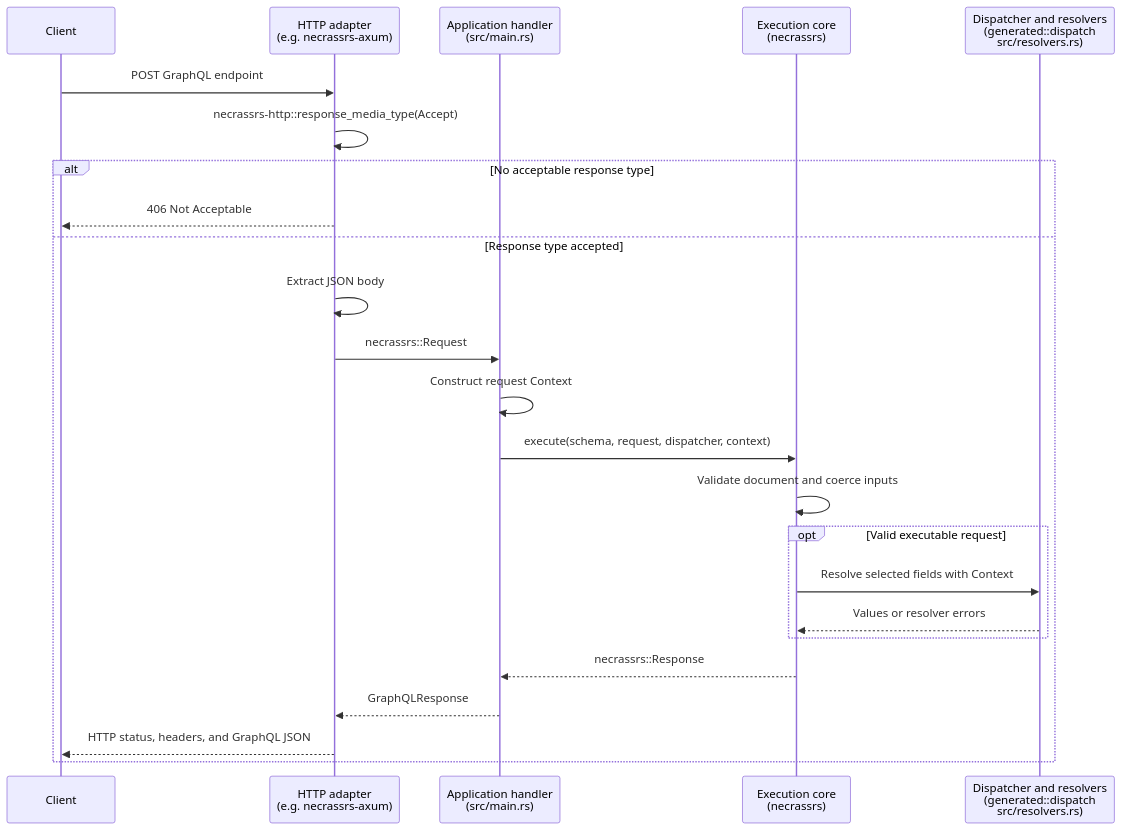
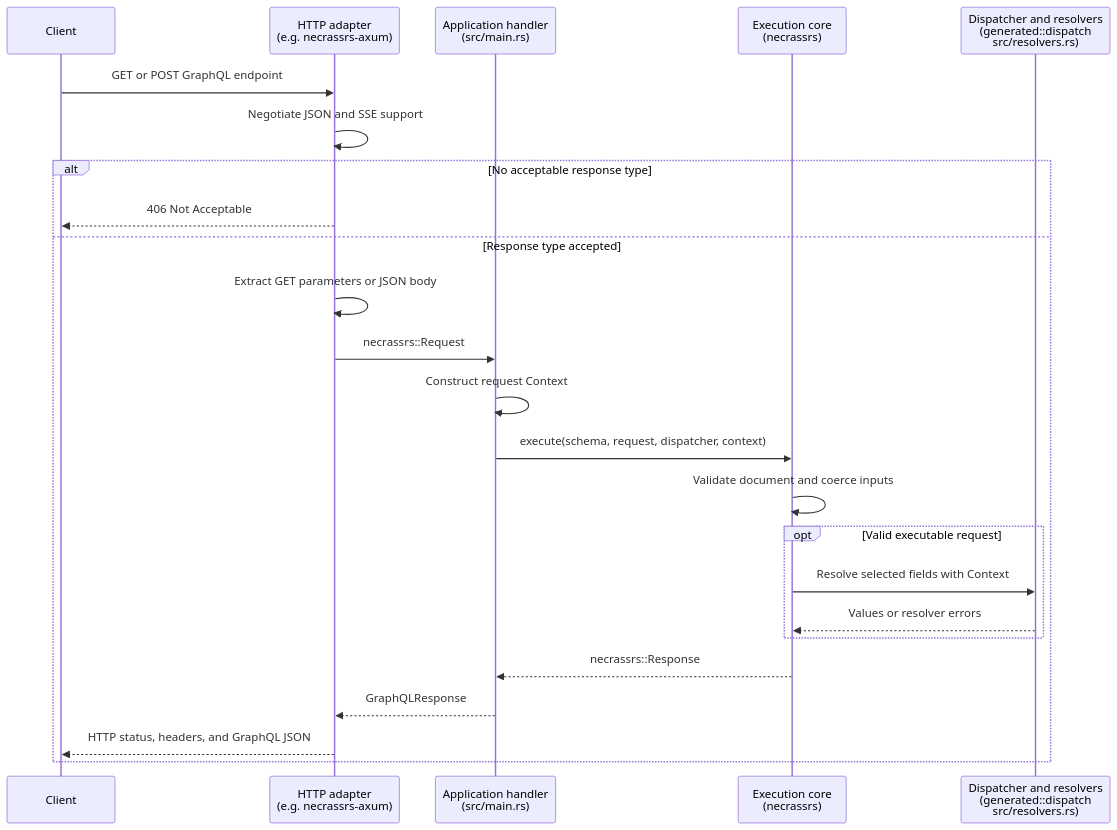
The diagram in docs/src/content/docs/docs/manual/integration.md (Necrass-Dev/NecrassRs), drawn with Mermaid before and after one commit. The commit also changed other lines of this file and 23 other files, not shown here.

First line of the commit message:
Implement GraphQL HTTP request contract

````diff
--- a/docs/src/content/docs/docs/manual/integration.md
+++ b/docs/src/content/docs/docs/manual/integration.md
@@ -21,29 +21,29 @@
 ```mermaid
 sequenceDiagram
     accTitle: GraphQL HTTP integration
     accDescr: necrassrs-axum or necrassrs-actix negotiates and extracts an HTTP request using necrassrs-http for response media-type selection. The application's handler constructs Context and calls necrassrs, which invokes the generated dispatcher and application resolvers. The adapter converts the runtime response to HTTP. Unsupported response preferences return 406 before execution.
     participant Client
     participant Adapter as HTTP adapter<br/>(e.g. necrassrs-axum)
     participant App as Application handler<br/>(src/main.rs)
     participant Core as Execution core<br/>(necrassrs)
     participant Resolvers as Dispatcher and resolvers<br/>(generated::dispatch<br/>src/resolvers.rs)
 
-    Client->>Adapter: POST GraphQL endpoint
-    Adapter->>Adapter: necrassrs-http::response_media_type(Accept)
+    Client->>Adapter: GET or POST GraphQL endpoint
+    Adapter->>Adapter: Negotiate JSON and SSE support
     alt No acceptable response type
         Adapter-->>Client: 406 Not Acceptable
     else Response type accepted
-        Adapter->>Adapter: Extract JSON body
+        Adapter->>Adapter: Extract GET parameters or JSON body
         Adapter->>App: necrassrs::Request
         App->>App: Construct request Context
         App->>Core: execute(schema, request, dispatcher, context)
         Core->>Core: Validate document and coerce inputs
         opt Valid executable request
             Core->>Resolvers: Resolve selected fields with Context
             Resolvers-->>Core: Values or resolver errors
         end
         Core-->>App: necrassrs::Response
         App-->>Adapter: GraphQLResponse
         Adapter-->>Client: HTTP status, headers, and GraphQL JSON
     end
 ```
````
